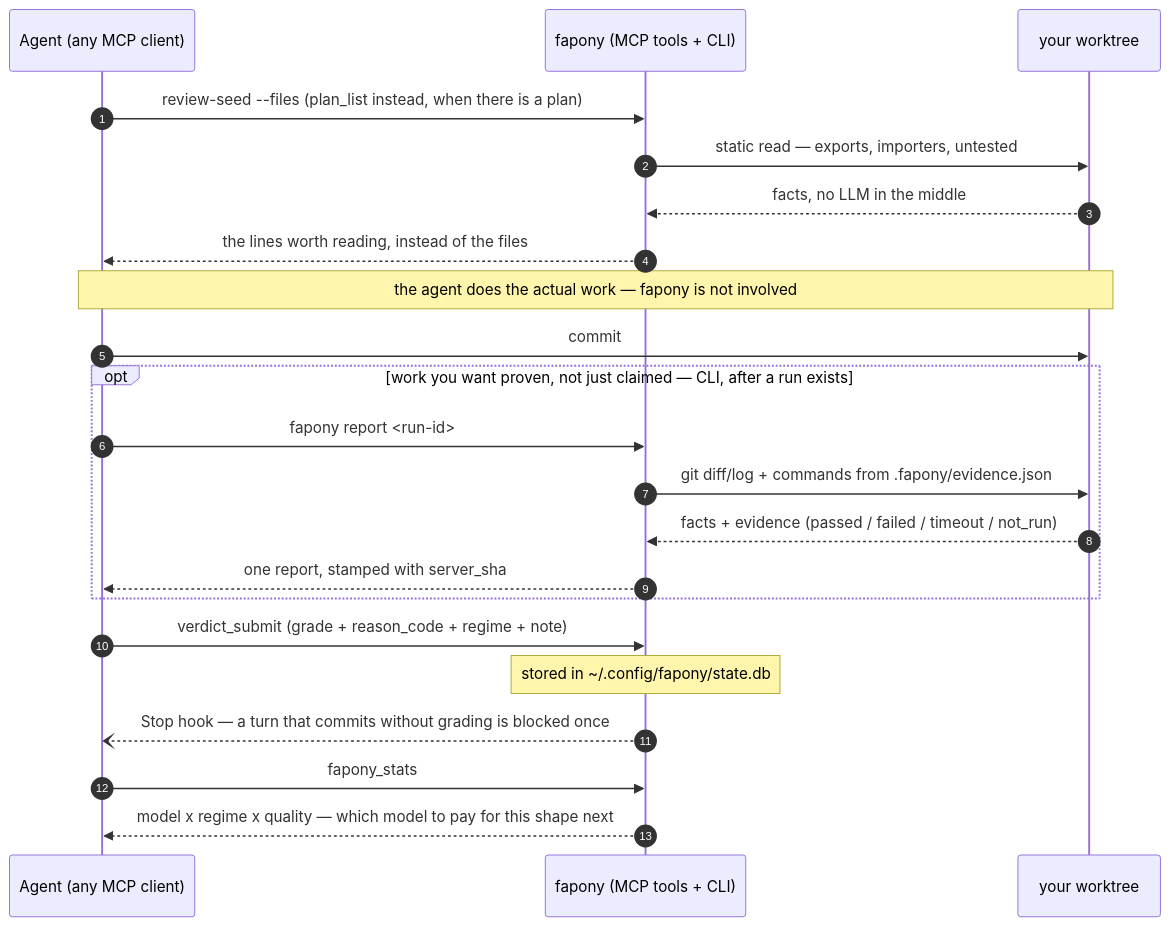
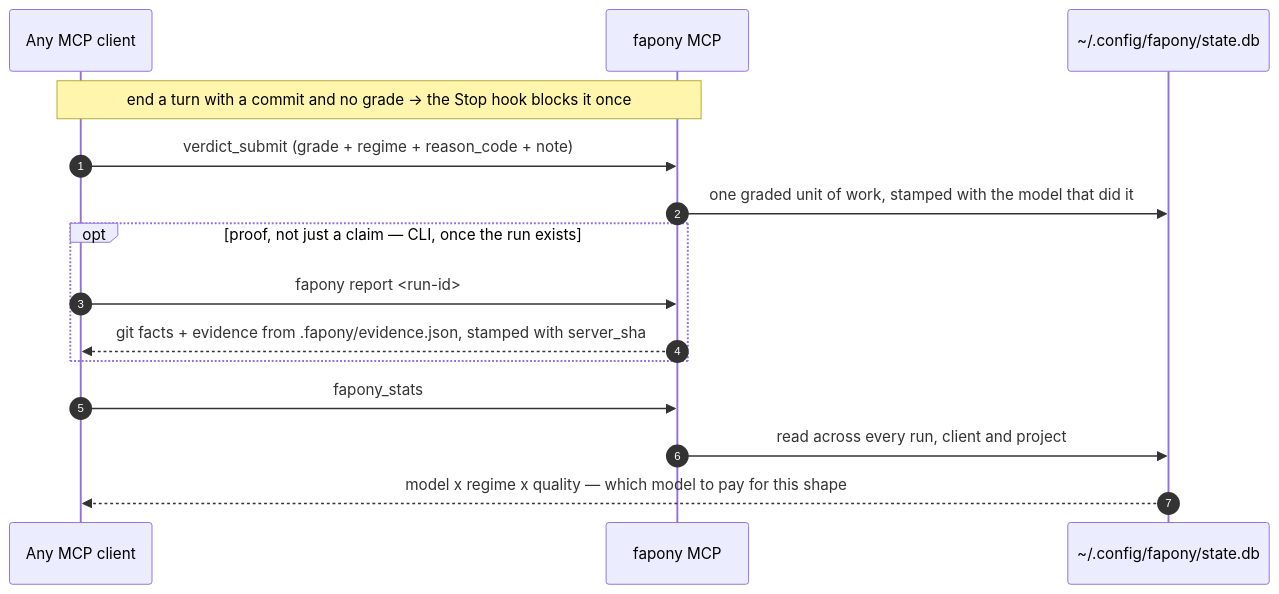
The third of 4 diagrams in README.md (inonix-dev/fapony), drawn with Mermaid before and after one commit. The commit also changed other lines of this file, not shown here.

First line of the commit message:
docs(readme): split the work cycle into the optional side and the product

````diff
--- a/README.md
+++ b/README.md
@@ -145,25 +168,18 @@
 ```mermaid
 sequenceDiagram
     autonumber
-    participant A as Agent (any MCP client)
-    participant F as fapony (MCP tools + CLI)
-    participant W as your worktree
+    participant A as Any MCP client
+    participant F as fapony MCP
+    participant L as ~/.config/fapony/state.db
 
-    A->>F: review-seed --files (plan_list instead, when there is a plan)
-    F->>W: static read — exports, importers, untested
-    W-->>F: facts, no LLM in the middle
-    F-->>A: the lines worth reading, instead of the files
-    Note over A,W: the agent does the actual work — fapony is not involved
-    A->>W: commit
-    opt work you want proven, not just claimed — CLI, after a run exists
+    Note over A,F: end a turn with a commit and no grade → the Stop hook blocks it once
+    A->>F: verdict_submit (grade + regime + reason_code + note)
+    F->>L: one graded unit of work, stamped with the model that did it
+    opt proof, not just a claim — CLI, once the run exists
         A->>F: fapony report <run-id>
-        F->>W: git diff/log + commands from .fapony/evidence.json
-        W-->>F: facts + evidence (passed / failed / timeout / not_run)
-        F-->>A: one report, stamped with server_sha
+        F-->>A: git facts + evidence from .fapony/evidence.json, stamped with server_sha
     end
-    A->>F: verdict_submit (grade + reason_code + regime + note)
-    Note over F: stored in ~/.config/fapony/state.db
-    F--)A: Stop hook — a turn that commits without grading is blocked once
     A->>F: fapony_stats
-    F-->>A: model x regime x quality — which model to pay for this shape next
+    F->>L: read across every run, client and project
+    L-->>A: model x regime x quality — which model to pay for this shape
 ```
````
